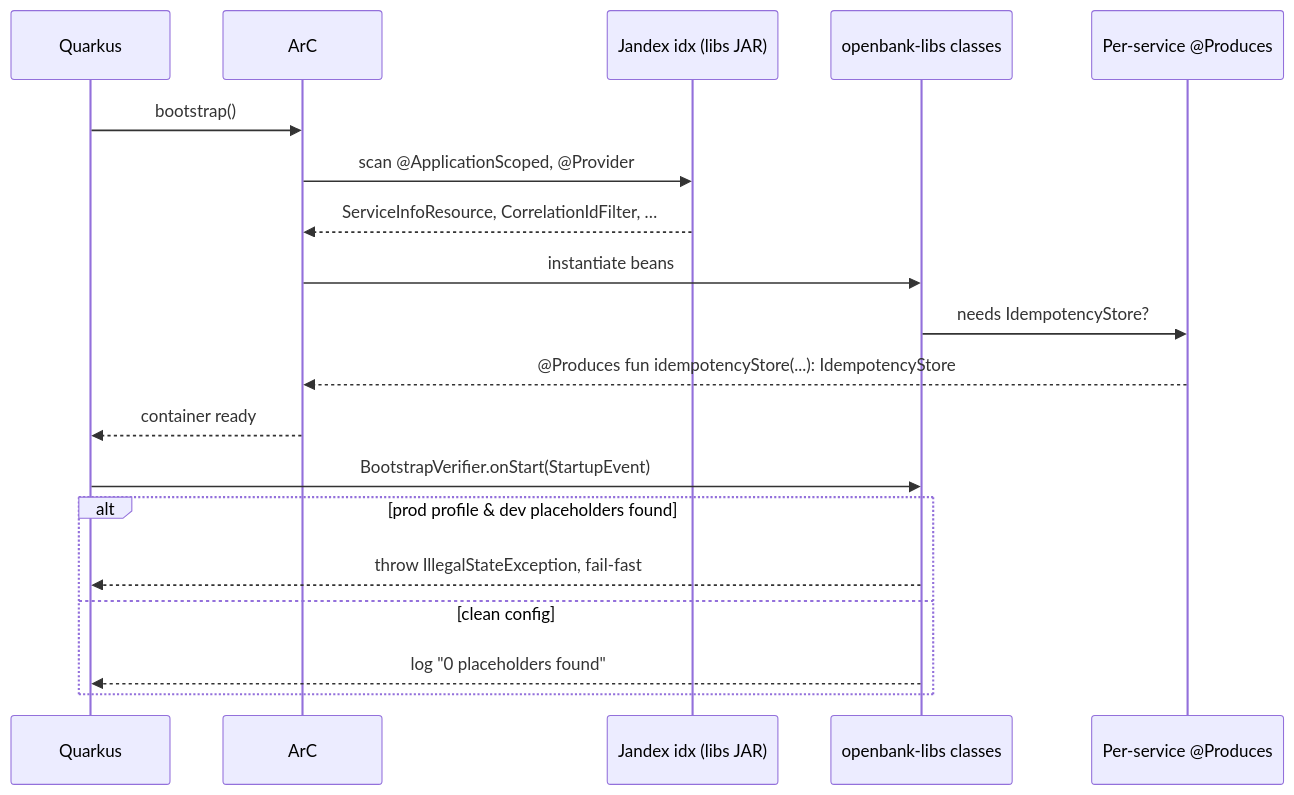
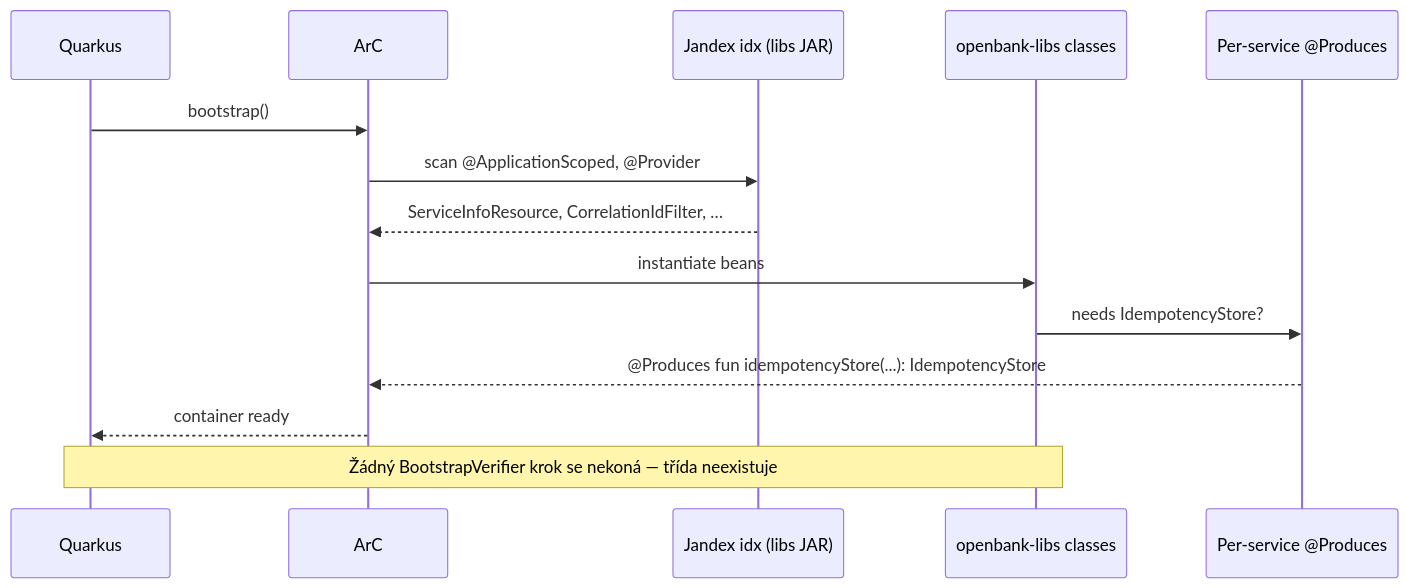
One commit to JiRaska/open-bank-oss changed the third of 3 diagrams in openbank-libs/docs/02-architecture.cs.md. Above: the diagram before and after it, drawn with Mermaid. The commit also changed other lines of this file and 11 other files, not shown here.

````diff
--- a/openbank-libs/docs/02-architecture.cs.md
+++ b/openbank-libs/docs/02-architecture.cs.md
@@ -235,22 +235,17 @@
 ```mermaid
 sequenceDiagram
   participant Quarkus
   participant ArC
   participant Jandex as Jandex idx (libs JAR)
   participant Libs as openbank-libs classes
   participant SvcCfg as Per-service @Produces
 
   Quarkus->>ArC: bootstrap()
   ArC->>Jandex: scan @ApplicationScoped, @Provider
   Jandex-->>ArC: ServiceInfoResource, CorrelationIdFilter, …
   ArC->>Libs: instantiate beans
   Libs->>SvcCfg: needs IdempotencyStore?
   SvcCfg-->>ArC: @Produces fun idempotencyStore(...): IdempotencyStore
   ArC-->>Quarkus: container ready
-  Quarkus->>Libs: BootstrapVerifier.onStart(StartupEvent)
-  alt prod profile & dev placeholders found
-    Libs-->>Quarkus: throw IllegalStateException, fail-fast
-  else clean config
-    Libs-->>Quarkus: log "0 placeholders found"
-  end
+  Note over Quarkus,Libs: Žádný BootstrapVerifier krok se nekoná — třída neexistuje
 ```
````
